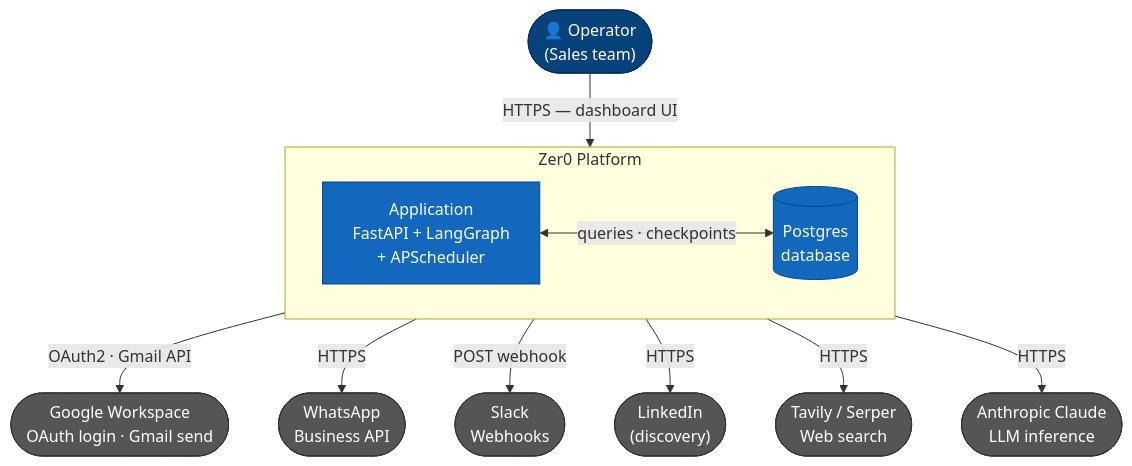
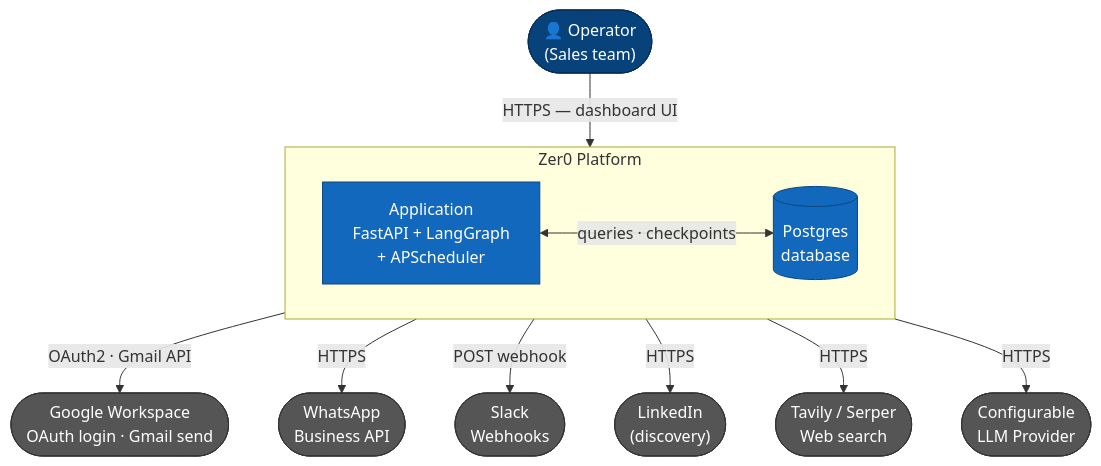
Before and after one commit to smallTechOrg/sales-agent: the first of 4 diagrams in spec/product/02-architecture.md, drawn with Mermaid. The commit also changed other lines of this file and 196 other files, not shown here.

````diff
--- a/spec/product/02-architecture.md
+++ b/spec/product/02-architecture.md
@@ -9,30 +9,30 @@
 ```mermaid
 flowchart TB
     classDef person  fill:#08427b,color:#fff,stroke:#052e56
     classDef zer0    fill:#1168bd,color:#fff,stroke:#0b4884
     classDef ext     fill:#555555,color:#fff,stroke:#333333
 
     Operator(["👤 Operator\n(Sales team)"]):::person
 
     subgraph Zer0 ["Zer0 Platform"]
         direction LR
         App["Application\nFastAPI + LangGraph\n+ APScheduler"]:::zer0
         DB[("Postgres\ndatabase")]:::zer0
     end
 
     Google(["Google Workspace\nOAuth login · Gmail send"]):::ext
     WhatsApp(["WhatsApp\nBusiness API"]):::ext
     Slack(["Slack\nWebhooks"]):::ext
     LinkedIn(["LinkedIn\n(discovery)"]):::ext
     Tavily(["Tavily / Serper\nWeb search"]):::ext
-    Claude(["Anthropic Claude\nLLM inference"]):::ext
+    LLM(["Configurable\nLLM Provider"]):::ext
 
     Operator     -->|"HTTPS — dashboard UI"| App
     App         <-->|"queries · checkpoints"| DB
     App          -->|"OAuth2 · Gmail API"| Google
     App          -->|"HTTPS"| WhatsApp
     App          -->|"POST webhook"| Slack
     App          -->|"HTTPS"| LinkedIn
     App          -->|"HTTPS"| Tavily
-    App          -->|"HTTPS"| Claude
+    App          -->|"HTTPS"| LLM
 ```
````
